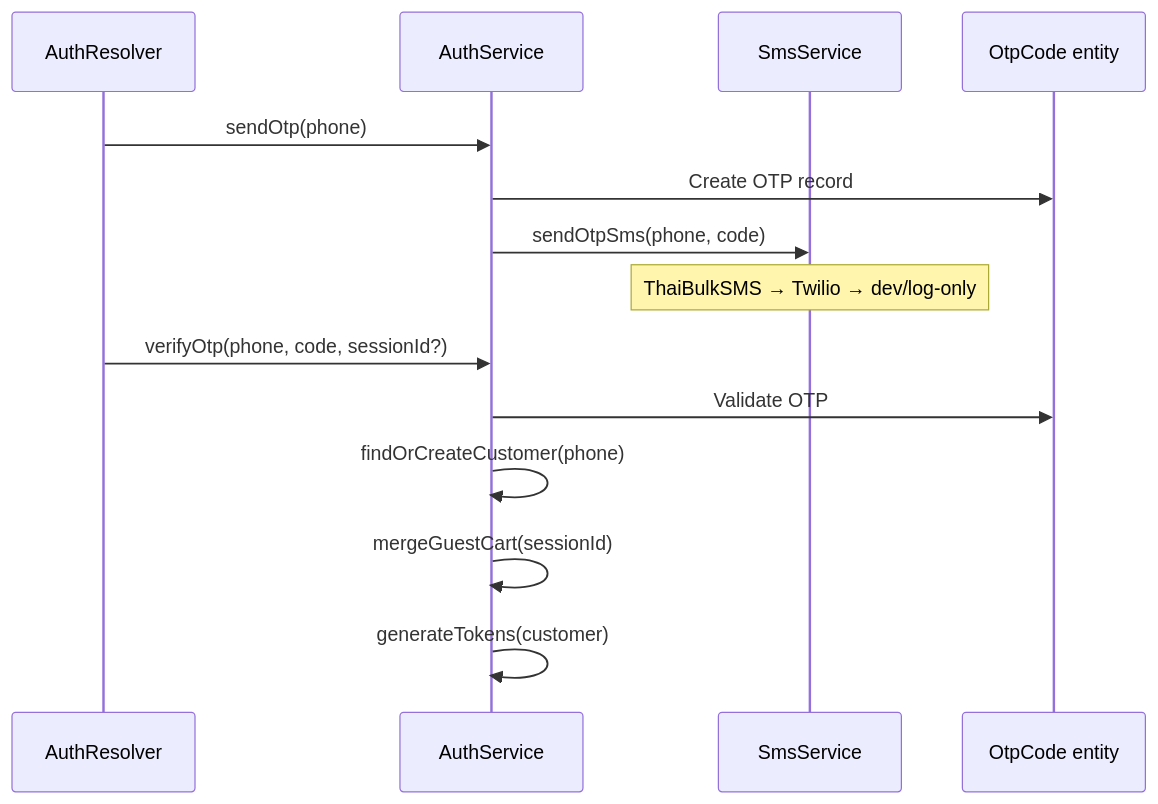
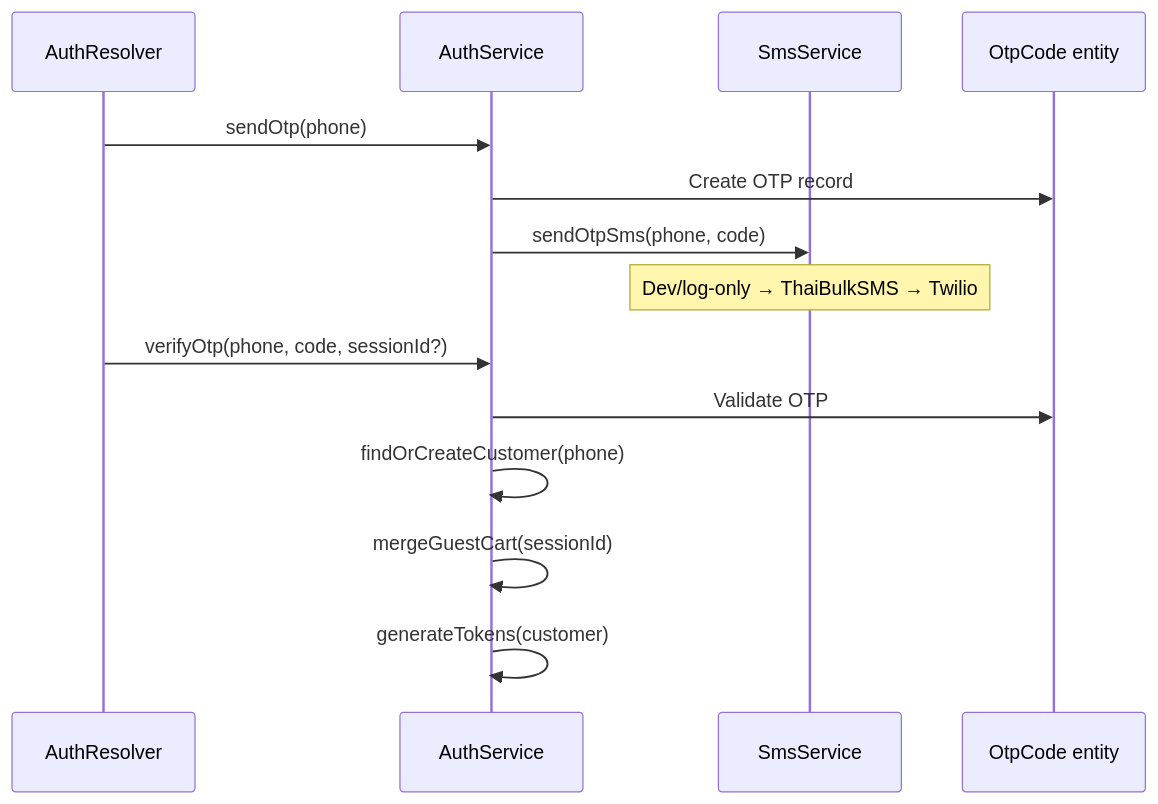
The diagram in docs/authentication.md (SOPet-Co-Ltd/new-sopet-backend), drawn with Mermaid before and after one commit. The commit also changed other lines of this file and 11 other files, not shown here.

````diff
--- a/docs/authentication.md
+++ b/docs/authentication.md
@@ -15,18 +15,18 @@
 ```mermaid
 sequenceDiagram
   participant R as AuthResolver
   participant S as AuthService
   participant SMS as SmsService
   participant DB as OtpCode entity
 
   R->>S: sendOtp(phone)
   S->>DB: Create OTP record
   S->>SMS: sendOtpSms(phone, code)
-  Note over SMS: ThaiBulkSMS → Twilio → dev/log-only
+  Note over SMS: Dev/log-only → ThaiBulkSMS → Twilio
 
   R->>S: verifyOtp(phone, code, sessionId?)
   S->>DB: Validate OTP
   S->>S: findOrCreateCustomer(phone)
   S->>S: mergeGuestCart(sessionId)
   S->>S: generateTokens(customer)
 ```
````
